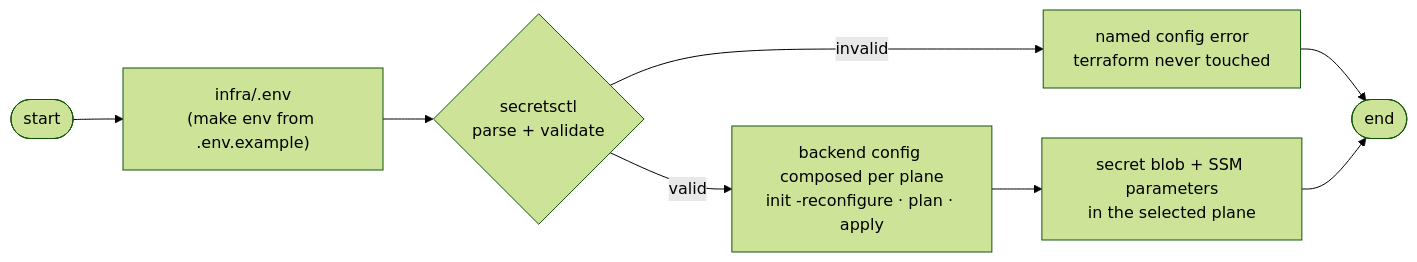
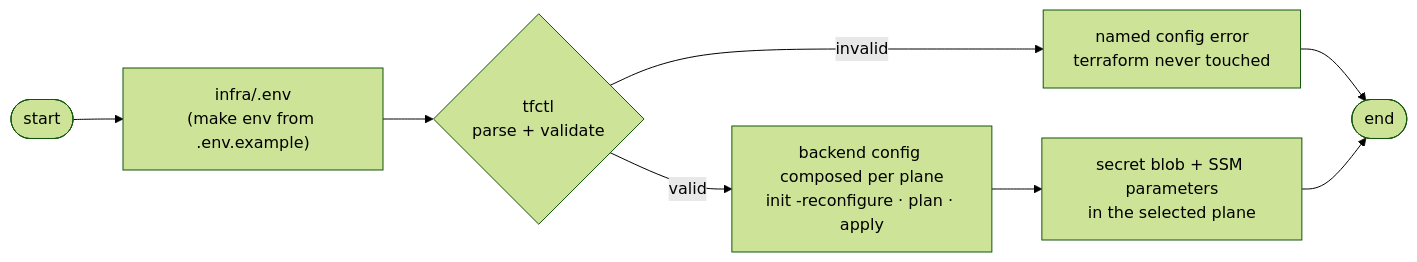
The third of 3 diagrams in services/document-parser/docs/guides/infrastructure.md (kunalPisolkar24/detectAI), drawn with Mermaid (forest theme) before and after one commit. The commit also changed other lines of this file and 94 other files, not shown here.

Commit message:
Rename the secretsctl tool to tfctl

````diff
--- a/services/document-parser/docs/guides/infrastructure.md
+++ b/services/document-parser/docs/guides/infrastructure.md
@@ -64,9 +64,9 @@
 ```mermaid
 graph LR
     START(["start"]) --> ENV["infra/.env<br/>(make env from .env.example)"]
-    ENV --> VAL{"secretsctl<br/>parse + validate"}
+    ENV --> VAL{"tfctl<br/>parse + validate"}
     VAL -->|"invalid"| FAIL["named config error<br/>terraform never touched"] --> END(["end"])
     VAL -->|"valid"| TF["backend config composed per plane<br/>init -reconfigure · plan · apply"]
     TF --> LIVE["secret blob + SSM parameters<br/>in the selected plane"]
     LIVE --> END
 ```
````
